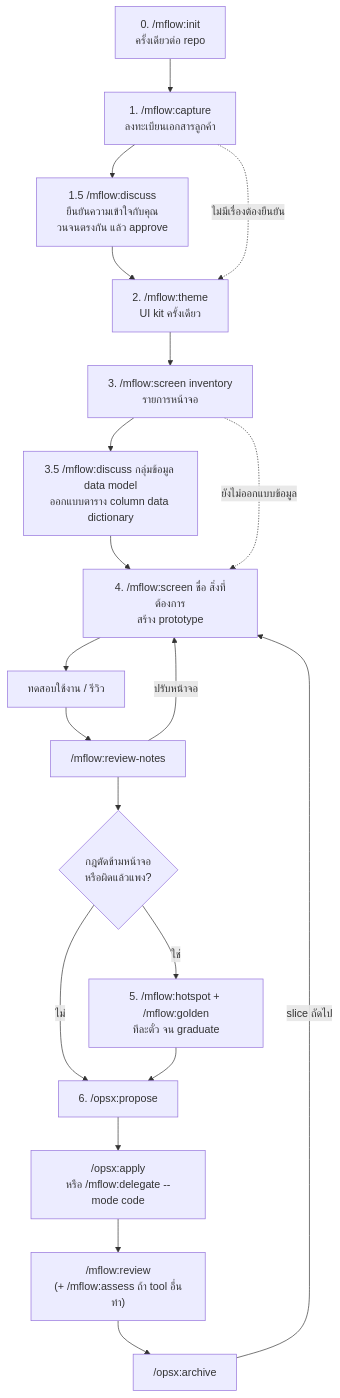
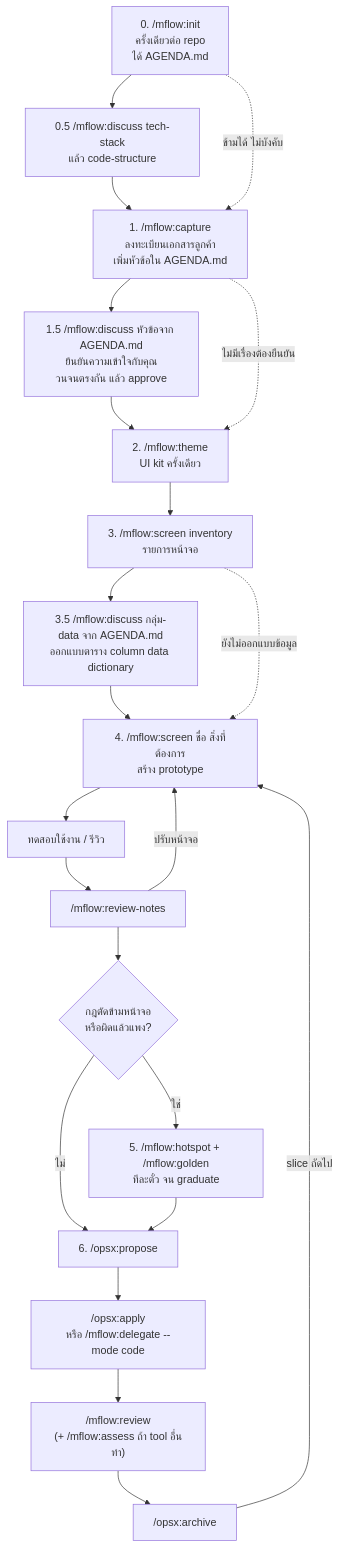
Before and after one commit to mounchons/mflow-marketplace: the diagram in docs/manual.md, drawn with Mermaid. The commit also changed other lines of this file and 1 other file, not shown here.

First line of the commit message:
Bring the manual and README up to date with the agenda, tech stack and next-command flow

````diff
--- a/docs/manual.md
+++ b/docs/manual.md
@@ -24,22 +24,24 @@
 ```mermaid
 flowchart TD
-    S0["0. /mflow:init<br/>ครั้งเดียวต่อ repo"] --> S1["1. /mflow:capture<br/>ลงทะเบียนเอกสารลูกค้า"]
-    S1 --> D["1.5 /mflow:discuss<br/>ยืนยันความเข้าใจกับคุณ<br/>วนจนตรงกัน แล้ว approve"]
+    S0["0. /mflow:init<br/>ครั้งเดียวต่อ repo<br/>ได้ AGENDA.md"] --> TS["0.5 /mflow:discuss tech-stack<br/>แล้ว code-structure"]
+    TS --> S1["1. /mflow:capture<br/>ลงทะเบียนเอกสารลูกค้า<br/>เพิ่มหัวข้อใน AGENDA.md"]
+    S0 -.->|ข้ามได้ ไม่บังคับ| S1
+    S1 --> D["1.5 /mflow:discuss หัวข้อจาก AGENDA.md<br/>ยืนยันความเข้าใจกับคุณ<br/>วนจนตรงกัน แล้ว approve"]
     D --> S2["2. /mflow:theme<br/>UI kit ครั้งเดียว"]
     S1 -.->|ไม่มีเรื่องต้องยืนยัน| S2
     S2 --> S3["3. /mflow:screen inventory<br/>รายการหน้าจอ"]
-    S3 --> DM["3.5 /mflow:discuss กลุ่มข้อมูล data model<br/>ออกแบบตาราง column data dictionary"]
+    S3 --> DM["3.5 /mflow:discuss กลุ่ม-data จาก AGENDA.md<br/>ออกแบบตาราง column data dictionary"]
     DM --> S4["4. /mflow:screen ชื่อ สิ่งที่ต้องการ<br/>สร้าง prototype"]
     S3 -.->|ยังไม่ออกแบบข้อมูล| S4
     S4 --> R["ทดสอบใช้งาน / รีวิว"]
     R --> RN["/mflow:review-notes"]
     RN -->|ปรับหน้าจอ| S4
     RN --> Q{"กฎตัดข้ามหน้าจอ<br/>หรือผิดแล้วแพง?"}
     Q -->|ใช่| H["5. /mflow:hotspot + /mflow:golden<br/>ทีละตั๋ว จน graduate"]
     Q -->|ไม่| P
     H --> P["6. /opsx:propose"]
     P --> A["/opsx:apply<br/>หรือ /mflow:delegate --mode code"]
     A --> V["/mflow:review<br/>(+ /mflow:assess ถ้า tool อื่นทำ)"]
     V --> AR["/opsx:archive"]
     AR -->|slice ถัดไป| S4
 ```
````
